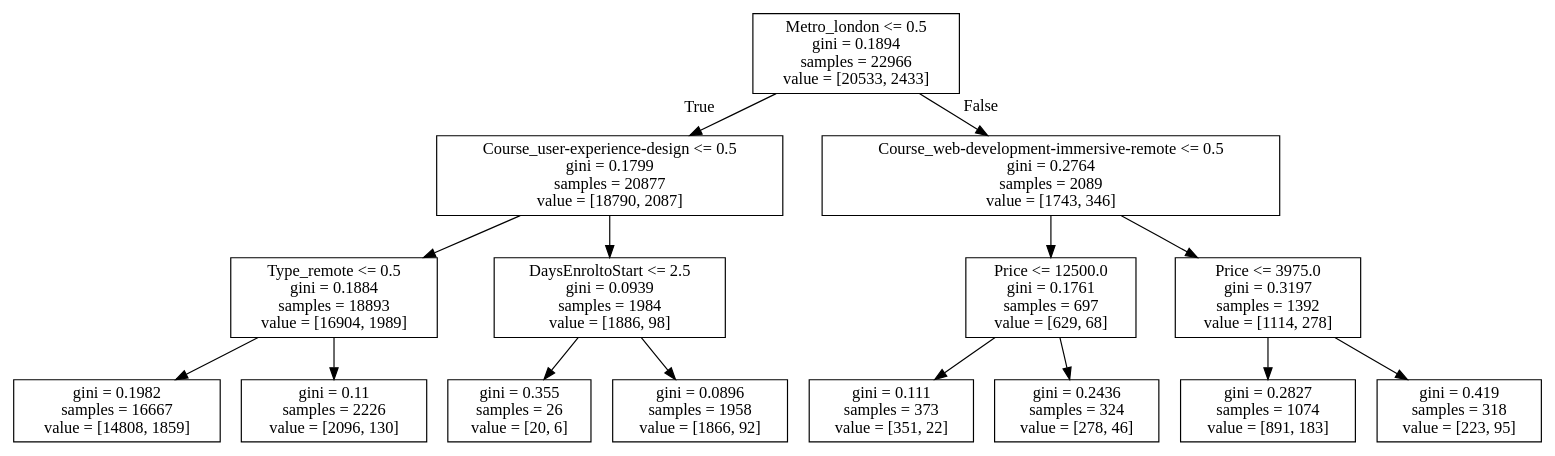
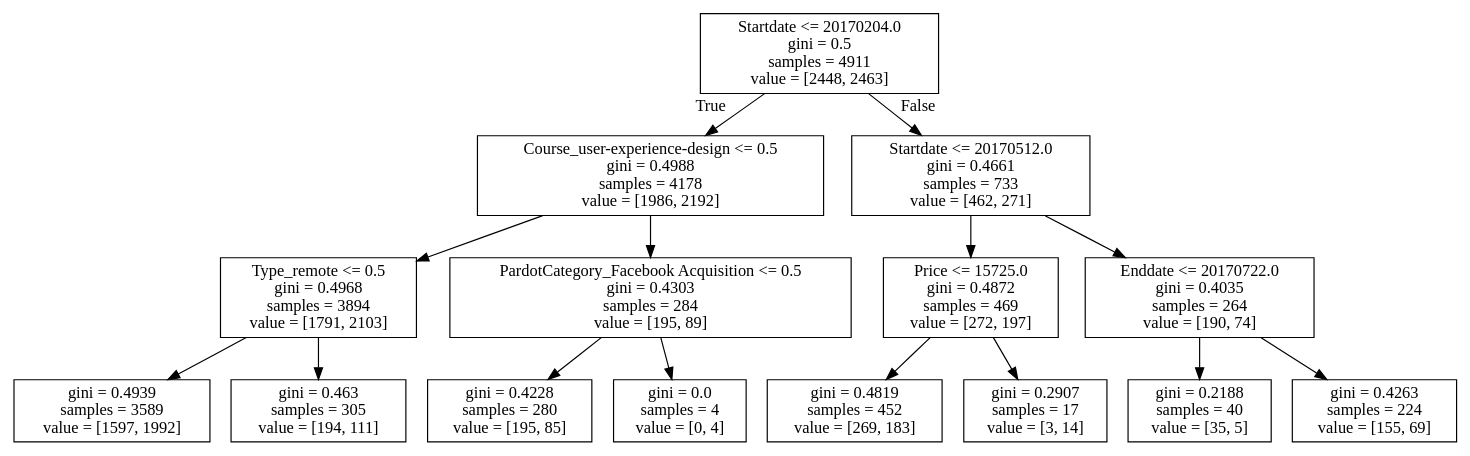
Before and after one commit to mikaelasquirchuk/dat8syd-project: the diagram in decisiontree.dot, drawn with Graphviz. The commit also changed 3 other files, not shown here.

```diff
--- a/decisiontree.dot
+++ b/decisiontree.dot
@@ -1,32 +1,32 @@
 digraph Tree {
 node [shape=box] ;
-0 [label="Metro_london <= 0.5\ngini = 0.1894\nsamples = 22966\nvalue = [20533, 2433]"] ;
-1 [label="Course_user-experience-design <= 0.5\ngini = 0.1799\nsamples = 20877\nvalue = [18790, 2087]"] ;
+0 [label="Startdate <= 20170204.0\ngini = 0.5\nsamples = 4911\nvalue = [2448, 2463]"] ;
+1 [label="Course_user-experience-design <= 0.5\ngini = 0.4988\nsamples = 4178\nvalue = [1986, 2192]"] ;
 0 -> 1 [labeldistance=2.5, labelangle=45, headlabel="True"] ;
-2 [label="Type_remote <= 0.5\ngini = 0.1884\nsamples = 18893\nvalue = [16904, 1989]"] ;
+2 [label="Type_remote <= 0.5\ngini = 0.4968\nsamples = 3894\nvalue = [1791, 2103]"] ;
 1 -> 2 ;
-3 [label="gini = 0.1982\nsamples = 16667\nvalue = [14808, 1859]"] ;
+3 [label="gini = 0.4939\nsamples = 3589\nvalue = [1597, 1992]"] ;
 2 -> 3 ;
-4 [label="gini = 0.11\nsamples = 2226\nvalue = [2096, 130]"] ;
+4 [label="gini = 0.463\nsamples = 305\nvalue = [194, 111]"] ;
 2 -> 4 ;
-5 [label="DaysEnroltoStart <= 2.5\ngini = 0.0939\nsamples = 1984\nvalue = [1886, 98]"] ;
+5 [label="PardotCategory_Facebook Acquisition <= 0.5\ngini = 0.4303\nsamples = 284\nvalue = [195, 89]"] ;
 1 -> 5 ;
-6 [label="gini = 0.355\nsamples = 26\nvalue = [20, 6]"] ;
+6 [label="gini = 0.4228\nsamples = 280\nvalue = [195, 85]"] ;
 5 -> 6 ;
-7 [label="gini = 0.0896\nsamples = 1958\nvalue = [1866, 92]"] ;
+7 [label="gini = 0.0\nsamples = 4\nvalue = [0, 4]"] ;
 5 -> 7 ;
-8 [label="Course_web-development-immersive-remote <= 0.5\ngini = 0.2764\nsamples = 2089\nvalue = [1743, 346]"] ;
+8 [label="Startdate <= 20170512.0\ngini = 0.4661\nsamples = 733\nvalue = [462, 271]"] ;
 0 -> 8 [labeldistance=2.5, labelangle=-45, headlabel="False"] ;
-9 [label="Price <= 12500.0\ngini = 0.1761\nsamples = 697\nvalue = [629, 68]"] ;
+9 [label="Price <= 15725.0\ngini = 0.4872\nsamples = 469\nvalue = [272, 197]"] ;
 8 -> 9 ;
-10 [label="gini = 0.111\nsamples = 373\nvalue = [351, 22]"] ;
+10 [label="gini = 0.4819\nsamples = 452\nvalue = [269, 183]"] ;
 9 -> 10 ;
-11 [label="gini = 0.2436\nsamples = 324\nvalue = [278, 46]"] ;
+11 [label="gini = 0.2907\nsamples = 17\nvalue = [3, 14]"] ;
 9 -> 11 ;
-12 [label="Price <= 3975.0\ngini = 0.3197\nsamples = 1392\nvalue = [1114, 278]"] ;
+12 [label="Enddate <= 20170722.0\ngini = 0.4035\nsamples = 264\nvalue = [190, 74]"] ;
 8 -> 12 ;
-13 [label="gini = 0.2827\nsamples = 1074\nvalue = [891, 183]"] ;
+13 [label="gini = 0.2188\nsamples = 40\nvalue = [35, 5]"] ;
 12 -> 13 ;
-14 [label="gini = 0.419\nsamples = 318\nvalue = [223, 95]"] ;
+14 [label="gini = 0.4263\nsamples = 224\nvalue = [155, 69]"] ;
 12 -> 14 ;
 }
```
